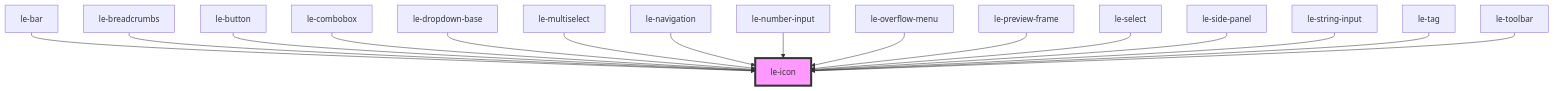
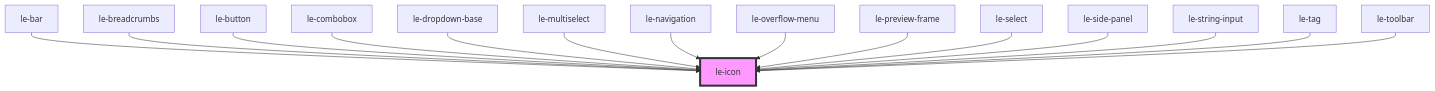
One commit to leechy/le-kit changed the diagram in packages/core/src/components/le-icon/readme.md. Above: the diagram before and after it, drawn with Mermaid. The commit also changed other lines of this file and 8 other files, not shown here.

Commit message:
Update <le-number-input>: shift and alt steps and multipliers

````diff
--- a/packages/core/src/components/le-icon/readme.md
+++ b/packages/core/src/components/le-icon/readme.md
@@ -55,19 +54,18 @@
 ```mermaid
 graph TD;
   le-bar --> le-icon
   le-breadcrumbs --> le-icon
   le-button --> le-icon
   le-combobox --> le-icon
   le-dropdown-base --> le-icon
   le-multiselect --> le-icon
   le-navigation --> le-icon
-  le-number-input --> le-icon
   le-overflow-menu --> le-icon
   le-preview-frame --> le-icon
   le-select --> le-icon
   le-side-panel --> le-icon
   le-string-input --> le-icon
   le-tag --> le-icon
   le-toolbar --> le-icon
   style le-icon fill:#f9f,stroke:#333,stroke-width:4px
 ```
````
